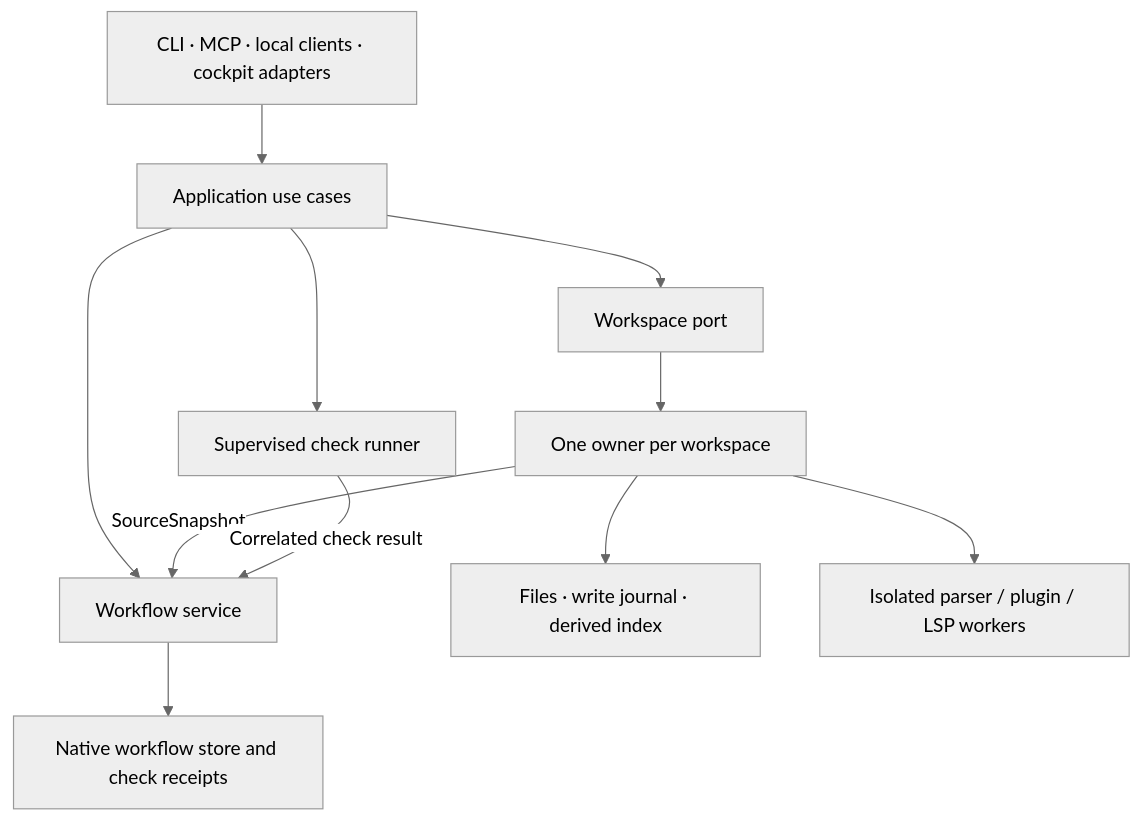
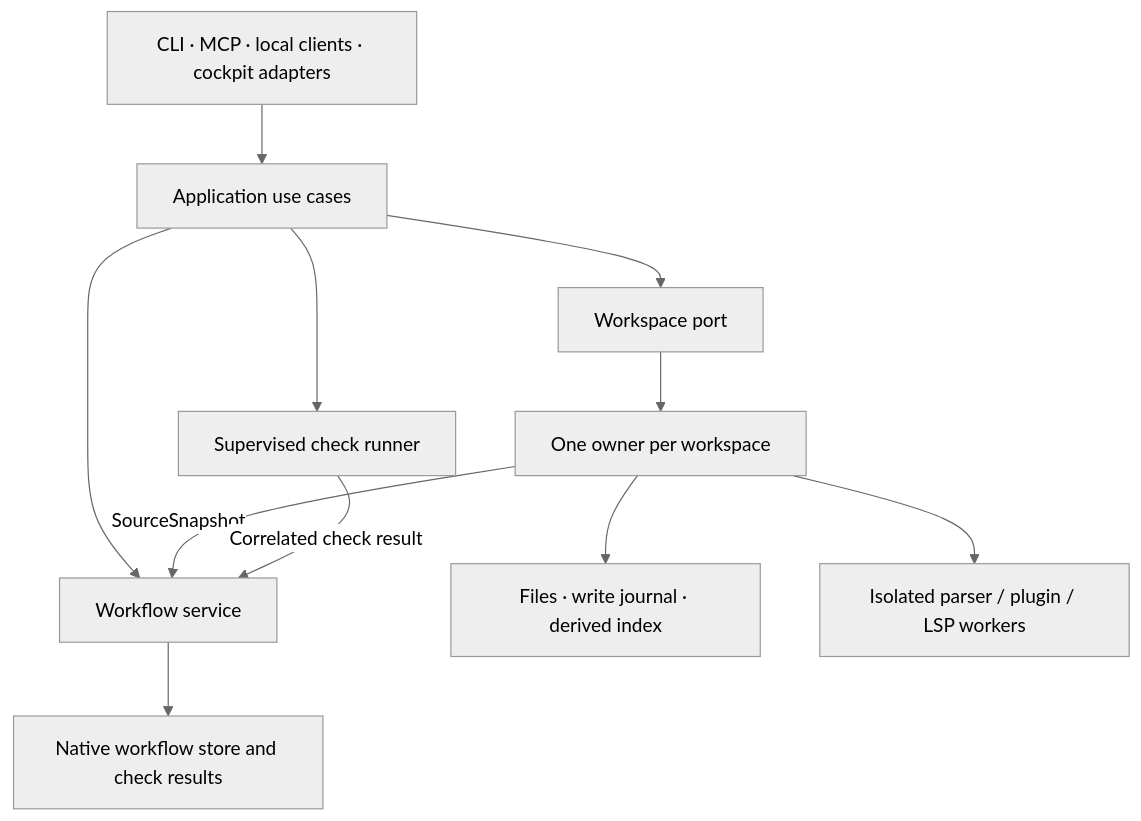
One commit to AlrikOlson/magistr changed the diagram in docs/architecture/owned-subsystems.md. Above: the diagram before and after it, drawn with Mermaid (neutral theme). The commit also changed other lines of this file and 536 other files, not shown here.

````diff
--- a/docs/architecture/owned-subsystems.md
+++ b/docs/architecture/owned-subsystems.md
@@ -82,13 +82,13 @@
 ```mermaid
 flowchart TD
     Hosts["CLI · MCP · local clients · cockpit adapters"] --> App["Application use cases"]
     App --> Workflow["Workflow service"]
-    Workflow --> Store["Native workflow store and check receipts"]
+    Workflow --> Store["Native workflow store and check results"]
     App --> Workspace["Workspace port"]
     Workspace --> Owner["One owner per workspace"]
     Owner --> Files["Files · write journal · derived index"]
     Owner --> Workers["Isolated parser / plugin / LSP workers"]
     App --> Runner["Supervised check runner"]
     Owner -- "SourceSnapshot" --> Workflow
     Runner -- "Correlated check result" --> Workflow
 ```
````
